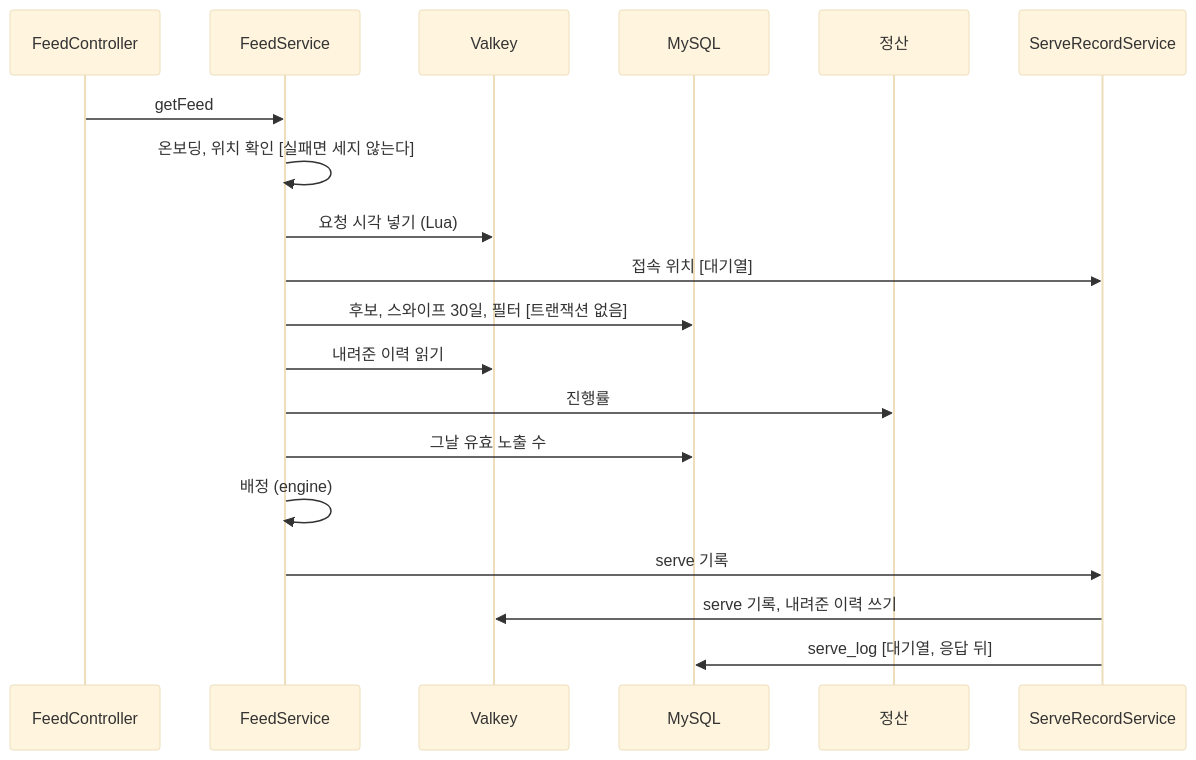
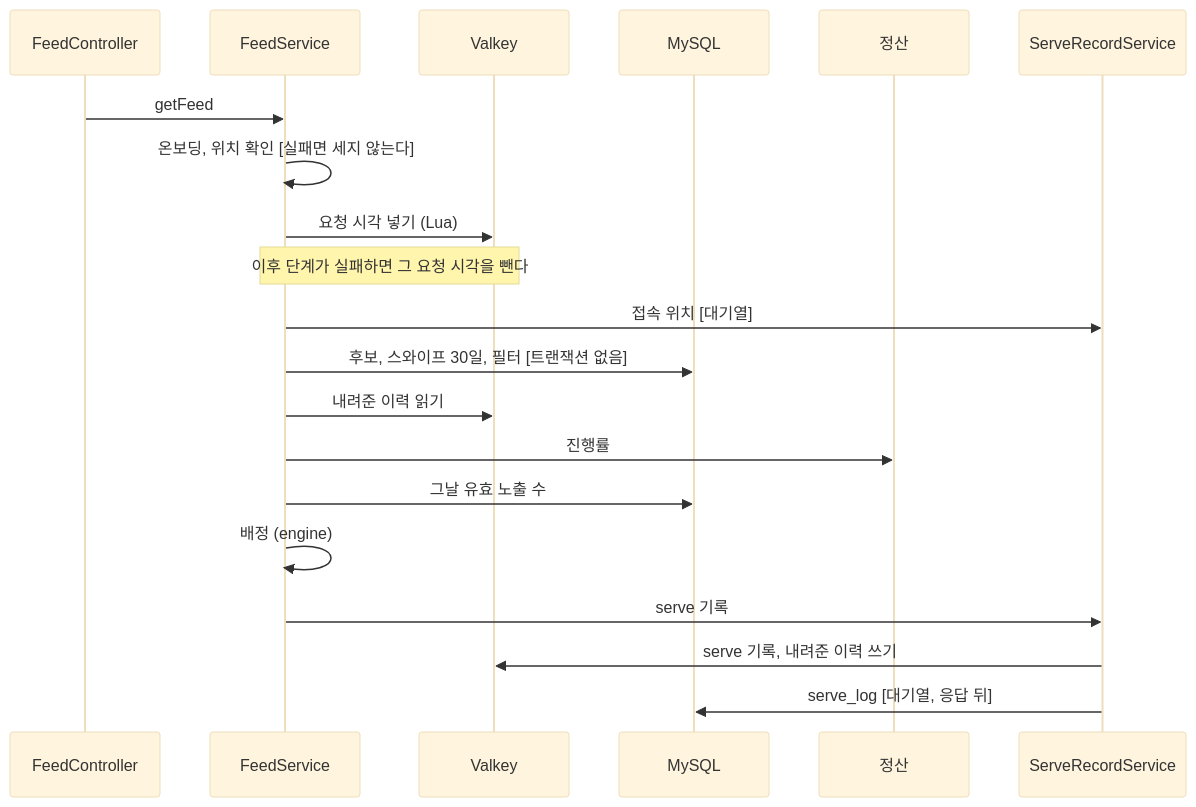
The second of 2 diagrams in docs/design/adserving/adserving_구조와_동작_설계.md (lunch-catch/lc-backend), drawn with Mermaid (base theme) before and after one commit. The commit also changed other lines of this file and 6 other files, not shown here.

````diff
--- a/docs/design/adserving/adserving_구조와_동작_설계.md
+++ b/docs/design/adserving/adserving_구조와_동작_설계.md
@@ -174,21 +174,22 @@
 ```mermaid
 sequenceDiagram
     participant C as FeedController
     participant S as FeedService
     participant V as Valkey
     participant D as MySQL
     participant B as 정산
     participant R as ServeRecordService
     C->>S: getFeed
     S->>S: 온보딩, 위치 확인 [실패면 세지 않는다]
     S->>V: 요청 시각 넣기 (Lua)
+    Note over S,V: 이후 단계가 실패하면 그 요청 시각을 뺀다
     S->>R: 접속 위치 [대기열]
     S->>D: 후보, 스와이프 30일, 필터 [트랜잭션 없음]
     S->>V: 내려준 이력 읽기
     S->>B: 진행률
     S->>D: 그날 유효 노출 수
     S->>S: 배정 (engine)
     S->>R: serve 기록
     R->>V: serve 기록, 내려준 이력 쓰기
     R->>D: serve_log [대기열, 응답 뒤]
 ```
````
